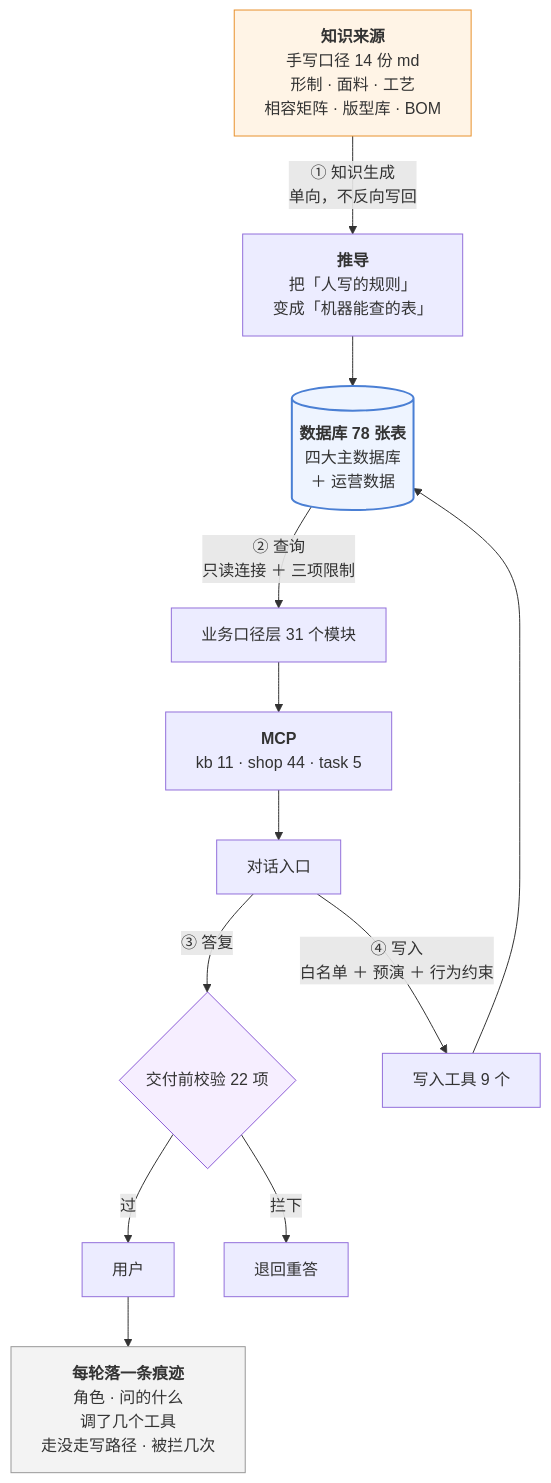
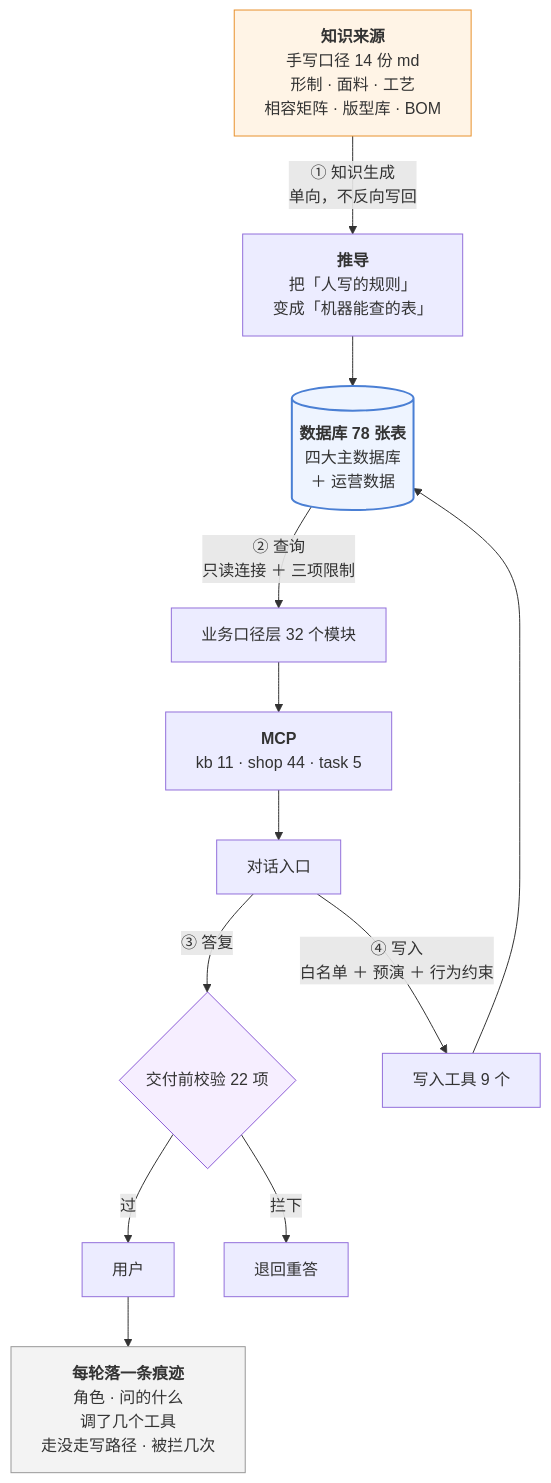
One commit to 843773296-rgb/lanxiu-yunshang-agent changed the third of 4 diagrams in 澜绣云裳agent-产品需求文档.md. Above: the diagram before and after it, drawn with Mermaid. The commit also changed other lines of this file and 19 other files, not shown here.

````diff
--- a/澜绣云裳agent-产品需求文档.md
+++ b/澜绣云裳agent-产品需求文档.md
@@ -381,24 +382,24 @@
 ```mermaid
 flowchart TD
     MD["<b>知识来源</b><br/>手写口径 14 份 md<br/>形制 · 面料 · 工艺<br/>相容矩阵 · 版型库 · BOM"]
     MD -->|"① 知识生成<br/>单向，不反向写回"| DV["<b>推导</b><br/>把「人写的规则」<br/>变成「机器能查的表」"]
     DV --> DB[("<b>数据库 78 张表</b><br/>四大主数据库<br/>＋ 运营数据")]
 
-    DB -->|"② 查询<br/>只读连接 ＋ 三项限制"| KJ["业务口径层 31 个模块"]
+    DB -->|"② 查询<br/>只读连接 ＋ 三项限制"| KJ["业务口径层 32 个模块"]
     KJ --> MCP["<b>MCP</b><br/>kb 11 · shop 44 · task 5"]
     MCP --> LLM["对话入口"]
 
     LLM -->|"③ 答复"| GD{"交付前校验 22 项"}
     GD -- 过 --> U["用户"]
     GD -- 拦下 --> RE["退回重答"]
 
     LLM -->|"④ 写入<br/>白名单 ＋ 预演 ＋ 行为约束"| W["写入工具 9 个"]
     W --> DB
 
     U --> TR["<b>每轮落一条痕迹</b><br/>角色 · 问的什么<br/>调了几个工具<br/>走没走写路径 · 被拦几次"]
 
     style MD fill:#fff4e6,stroke:#e8912d
     style DB fill:#eef4ff,stroke:#4a7fd4,stroke-width:2px
     style GD fill:#f6eeff,stroke:#8b5cd6
     style TR fill:#f3f3f3,stroke:#999
 ```
````
